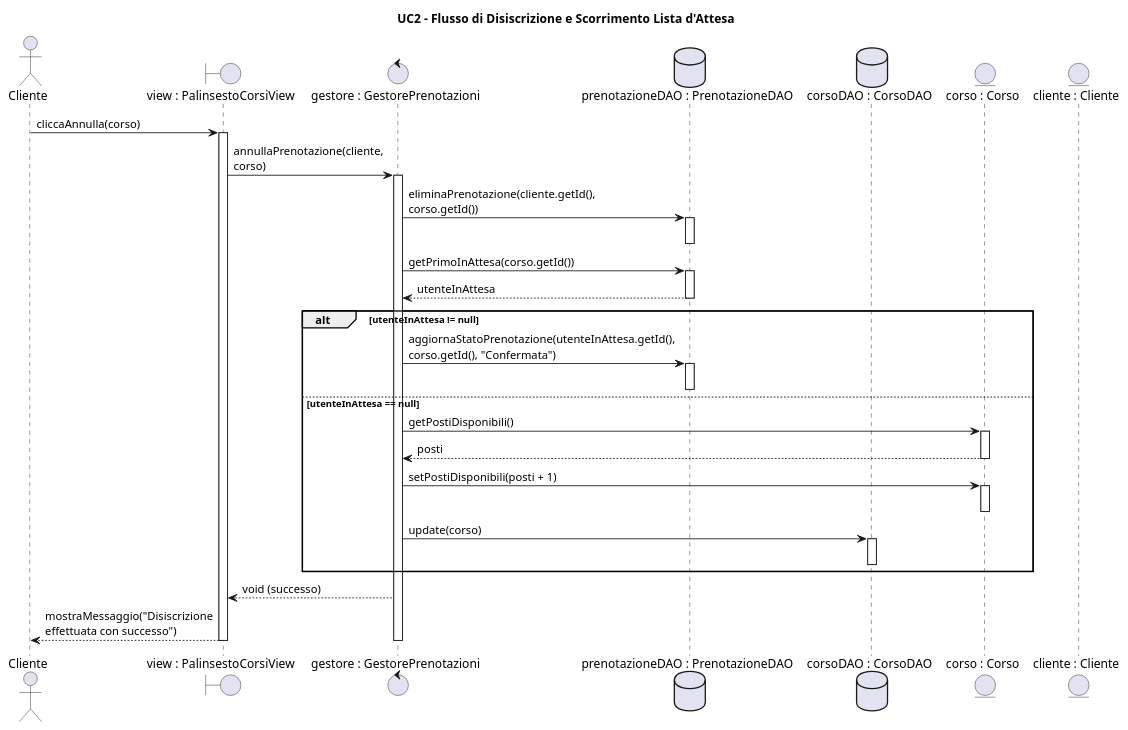
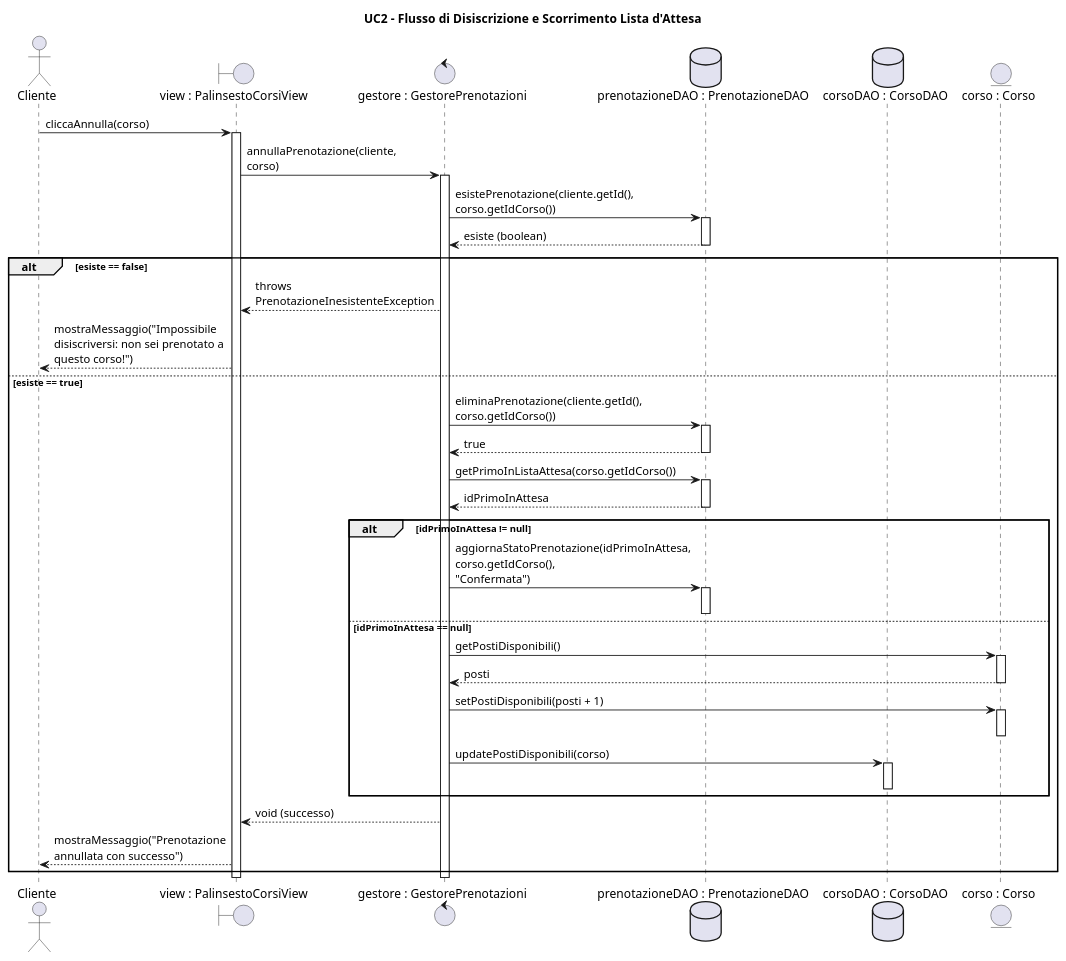
Before and after one commit to svilu999/Progetto-ScriptActive: the second of 2 diagrams in ScriptActive/Documenti/08. Diagrammi di Sequenza/DSequenzaUC2.puml, drawn with PlantUML. The commit also changed other lines of this file and 33 other files, not shown here.

First line of the commit message:
Allinea i diagrammi UML al codice attuale

```diff
--- a/ScriptActive/Documenti/08. Diagrammi di Sequenza/DSequenzaUC2.puml
+++ b/ScriptActive/Documenti/08. Diagrammi di Sequenza/DSequenzaUC2.puml
@@ -71,58 +83,72 @@
-@startuml DiagrammaSequenzaAlt
+@startuml DSequenzaUC2Alt
 skinparam maxMessageSize 200
 skinparam monochrome false
 
 title UC2 - Flusso di Disiscrizione e Scorrimento Lista d'Attesa
 
 actor "Cliente" as C
 boundary "view : PalinsestoCorsiView" as View
 control "gestore : GestorePrenotazioni" as Controller
 database "prenotazioneDAO : PrenotazioneDAO" as PDAO
 database "corsoDAO : CorsoDAO" as CDAO
 entity "corso : Corso" as Corso
-entity "cliente : Cliente" as Cliente
 
 C -> View : cliccaAnnulla(corso)
 activate View
 
 View -> Controller : annullaPrenotazione(cliente, corso)
 activate Controller
 
-' 1. Eliminazione prenotazione dell'utente attuale
-Controller -> PDAO : eliminaPrenotazione(cliente.getId(), corso.getId())
+' 0. Verifica che la prenotazione esista
+Controller -> PDAO : esistePrenotazione(cliente.getId(), corso.getIdCorso())
 activate PDAO
+PDAO --> Controller : esiste (boolean)
 deactivate PDAO
 
-' 2. Controllo scorrimento coda (Swap Automatico)
-Controller -> PDAO : getPrimoInAttesa(corso.getId())
-activate PDAO
-PDAO --> Controller : utenteInAttesa
-deactivate PDAO
+alt esiste == false
+    Controller --> View : throws PrenotazioneInesistenteException
+    View --> C : mostraMessaggio("Impossibile disiscriversi: non sei prenotato a questo corso!")
 
-alt utenteInAttesa != null
-    ' Promuove il primo in attesa senza toccare i posti totali
-    Controller -> PDAO : aggiornaStatoPrenotazione(utenteInAttesa.getId(), corso.getId(), "Confermata")
+else esiste == true
+
+    ' 1. Eliminazione prenotazione dell'utente attuale
+    Controller -> PDAO : eliminaPrenotazione(cliente.getId(), corso.getIdCorso())
     activate PDAO
+    PDAO --> Controller : true
     deactivate PDAO
-else utenteInAttesa == null
-    ' Nessuno in attesa: libera fisicamente un posto nel corso
-    Controller -> Corso : getPostiDisponibili()
-    activate Corso
-    Corso --> Controller : posti
-    deactivate Corso
-    
-    Controller -> Corso : setPostiDisponibili(posti + 1)
-    activate Corso
-    deactivate Corso
-    
-    Controller -> CDAO : update(corso)
-    activate CDAO
-    deactivate CDAO
+
+    ' 2. Controllo scorrimento coda (Swap Automatico)
+    Controller -> PDAO : getPrimoInListaAttesa(corso.getIdCorso())
+    activate PDAO
+    PDAO --> Controller : idPrimoInAttesa
+    deactivate PDAO
+
+    alt idPrimoInAttesa != null
+        ' Promuove il primo in attesa senza toccare i posti totali
+        Controller -> PDAO : aggiornaStatoPrenotazione(idPrimoInAttesa, corso.getIdCorso(), "Confermata")
+        activate PDAO
+        deactivate PDAO
+
+    else idPrimoInAttesa == null
+        ' Nessuno in attesa: libera un posto nel corso
+        Controller -> Corso : getPostiDisponibili()
+        activate Corso
+        Corso --> Controller : posti
+        deactivate Corso
+
+        Controller -> Corso : setPostiDisponibili(posti + 1)
+        activate Corso
+        deactivate Corso
+
+        Controller -> CDAO : updatePostiDisponibili(corso)
+        activate CDAO
+        deactivate CDAO
+    end
+
+    Controller --> View : void (successo)
+    View --> C : mostraMessaggio("Prenotazione annullata con successo")
 end
-
-Controller --> View : void (successo)
-View --> C : mostraMessaggio("Disiscrizione effettuata con successo")
 
 deactivate Controller
 deactivate View
 @enduml
```
